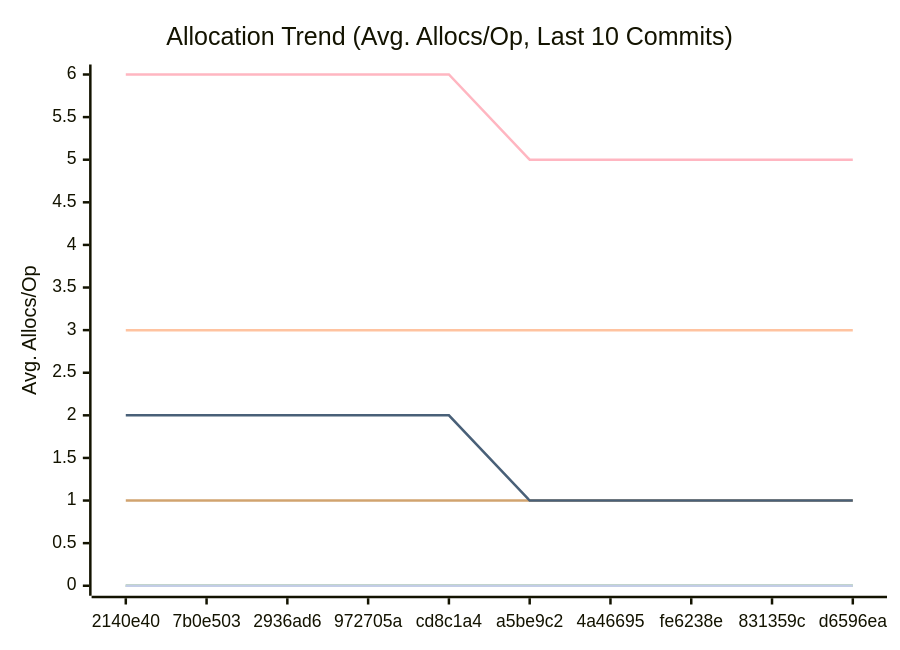
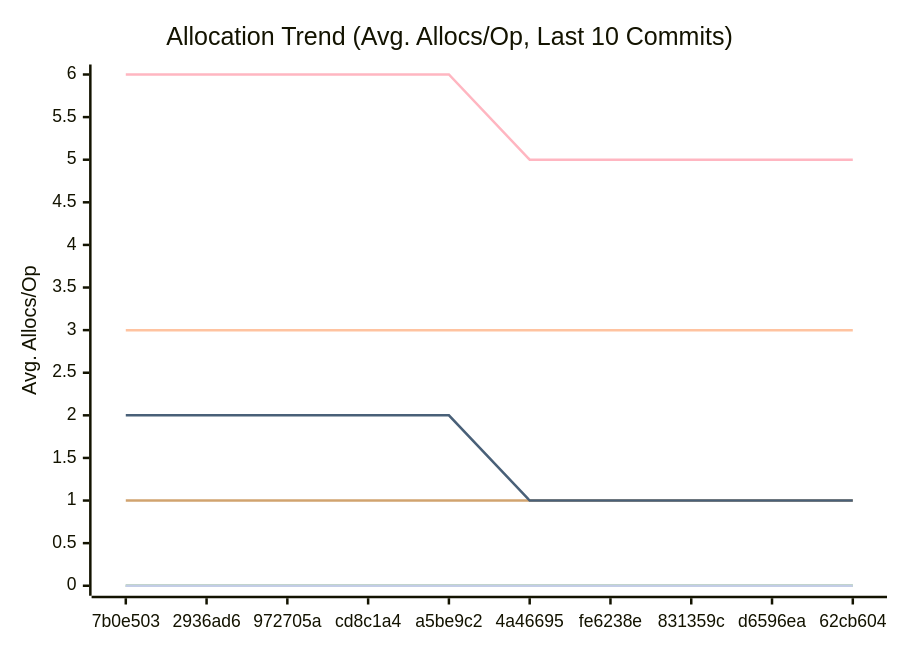
One commit to alsotoes/momo changed the third of 3 diagrams in docs/PERFORMANCE.md. Above: the diagram before and after it, drawn with Mermaid. The commit also changed other lines of this file and 2 other files, not shown here.

````diff
--- a/docs/PERFORMANCE.md
+++ b/docs/PERFORMANCE.md
@@ -114,16 +114,16 @@
 ```mermaid
 xychart-beta
     title "Allocation Trend (Avg. Allocs/Op, Last 10 Commits)"
     x-axis "Commit"
     y-axis "Avg. Allocs/Op"
-    x-axis [2140e40,7b0e503,2936ad6,972705a,cd8c1a4,a5be9c2,4a46695,fe6238e,831359c,d6596ea]
+    x-axis [7b0e503,2936ad6,972705a,cd8c1a4,a5be9c2,4a46695,fe6238e,831359c,d6596ea,62cb604]
     line "CheckMetricsAndSwap" [0,0,0,0,0,0,0,0,0,0]
     line "CrushOptimized" [0,0,0,0,0,0,0,0,0,0]
     line "CrushOriginal" [3,3,3,3,3,3,3,3,3,3]
     line "IndexDirectTracking" [0,0,0,0,0,0,0,0,0,0]
     line "IndexSearch" [0,0,0,0,0,0,0,0,0,0]
     line "LoadGlobalConfig" [1,1,1,1,1,1,1,1,1,1]
     line "PadString" [0,0,0,0,0,0,0,0,0,0]
     line "ParseReplicationOrder_NoPrealloc" [6,6,6,6,6,5,5,5,5,5]
     line "ParseReplicationOrder_Prealloc" [2,2,2,2,2,1,1,1,1,1]
 ```
````
